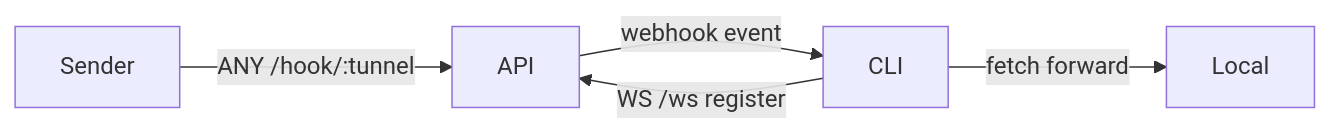
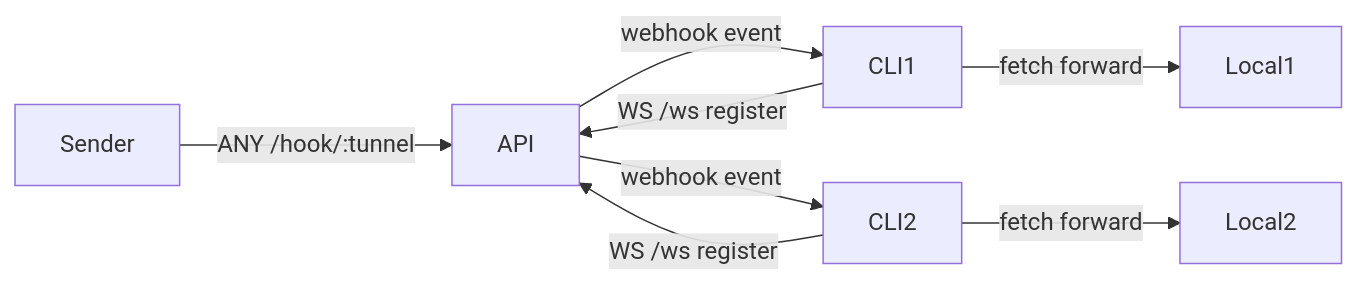
Before and after one commit to Tamicktom/meawhooks: the diagram in AGENTS.md, drawn with Mermaid. The commit also changed other lines of this file and 6 other files, not shown here.

````diff
--- a/AGENTS.md
+++ b/AGENTS.md
@@ -28,7 +28,10 @@
 ```mermaid
 flowchart LR
   Sender -->|"ANY /hook/:tunnel"| API
-  CLI -->|"WS /ws register"| API
-  API -->|"webhook event"| CLI
-  CLI -->|"fetch forward"| Local
+  CLI1 -->|"WS /ws register"| API
+  CLI2 -->|"WS /ws register"| API
+  API -->|"webhook event"| CLI1
+  API -->|"webhook event"| CLI2
+  CLI1 -->|"fetch forward"| Local1
+  CLI2 -->|"fetch forward"| Local2
 ```
````
